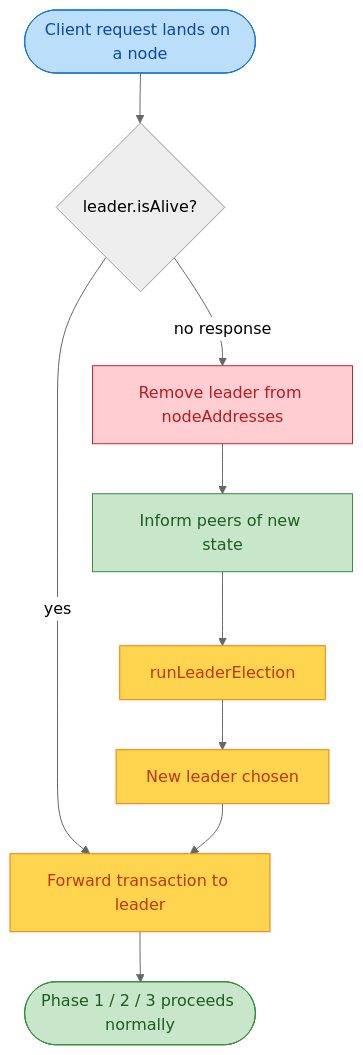
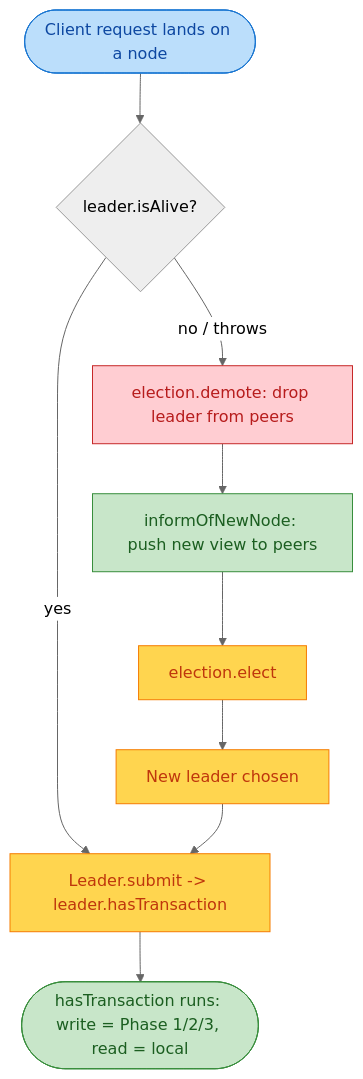
The fourth of 5 diagrams in README.md (magana272/PAXOS-Key-Value-Store), drawn with Mermaid (neutral theme) before and after one commit. The commit also changed other lines of this file and 8 other files, not shown here.

Commit message:
docs: rewrite README and add generated performance charts

````diff
--- a/README.md
+++ b/README.md
@@ -146,15 +162,15 @@
 ```mermaid
 flowchart TD
     Start([Client request lands on a node]):::client --> Check{leader.isAlive?}
-    Check -- yes --> Forward[Forward transaction to leader]:::leader
-    Check -- no response --> Remove[Remove leader from nodeAddresses]:::fail
-    Remove --> Inform[Inform peers of new state]:::acceptor
-    Inform --> Elect[runLeaderElection]:::leader
+    Check -- yes --> Forward[Leader.submit -> leader.hasTransaction]:::leader
+    Check -- no / throws --> Remove[election.demote: drop leader from peers]:::fail
+    Remove --> Inform[informOfNewNode: push new view to peers]:::acceptor
+    Inform --> Elect[election.elect]:::leader
     Elect --> NewLeader[New leader chosen]:::leader
     NewLeader --> Forward
-    Forward --> Done([Phase 1 / 2 / 3 proceeds normally]):::acceptor
+    Forward --> Done([hasTransaction runs: write = Phase 1/2/3, read = local]):::acceptor
     classDef client fill:#bbdefb,stroke:#1976d2,color:#0d47a1
     classDef leader fill:#ffd54f,stroke:#f57c00,color:#bf360c
     classDef acceptor fill:#c8e6c9,stroke:#388e3c,color:#1b5e20
     classDef fail fill:#ffcdd2,stroke:#c62828,color:#b71c1c
 ```
````
